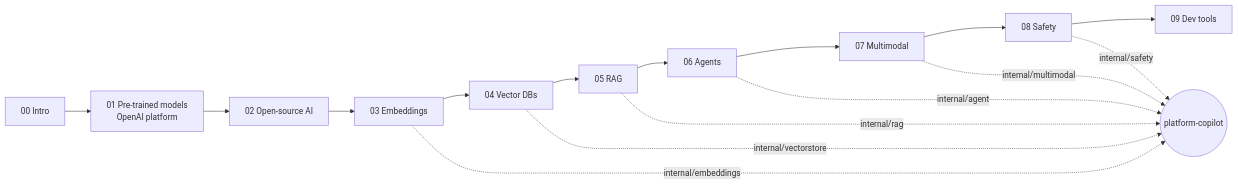
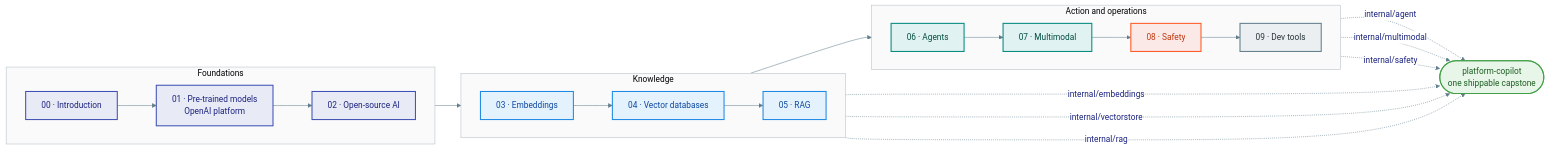
One commit to udaykishore-resu/platform-copilot changed the first of 2 diagrams in README.md. Above: the diagram before and after it, drawn with Mermaid. The commit also changed other lines of this file and 12 other files, not shown here.

Commit message:
docs: Material Design diagrams across the course; present the curriculum as the AI Engineer roadmap

````diff
--- a/README.md
+++ b/README.md
@@ -58,12 +58,38 @@
 ```mermaid
+%%{init: {'theme':'base','themeVariables':{'fontFamily':'Roboto, Helvetica, Arial, sans-serif','lineColor':'#607D8B','textColor':'#263238','clusterBkg':'#FAFAFA','clusterBorder':'#B0BEC5','edgeLabelBackground':'#FFFFFF','primaryColor':'#E8EAF6','primaryTextColor':'#1A237E','primaryBorderColor':'#3F51B5','actorBkg':'#E8EAF6','actorBorder':'#3F51B5','actorTextColor':'#1A237E','signalColor':'#455A64','signalTextColor':'#263238','labelBoxBkgColor':'#E8EAF6','labelBoxBorderColor':'#3F51B5','noteBkgColor':'#FFF8E1','noteBorderColor':'#FFB300','noteTextColor':'#FF6F00'}}}%%
 flowchart LR
-  M00[00 Intro] --> M01[01 Pre-trained models<br/>OpenAI platform] --> M02[02 Open-source AI]
-  M02 --> M03[03 Embeddings] --> M04[04 Vector DBs] --> M05[05 RAG]
-  M05 --> M06[06 Agents] --> M07[07 Multimodal] --> M08[08 Safety] --> M09[09 Dev tools]
-  M03 -. internal/embeddings .-> C((platform-copilot))
-  M04 -. internal/vectorstore .-> C
-  M05 -. internal/rag .-> C
-  M06 -. internal/agent .-> C
-  M07 -. internal/multimodal .-> C
-  M08 -. internal/safety .-> C
+  subgraph FOUND[Foundations]
+    direction LR
+    M00["00 · Introduction"] --> M01["01 · Pre-trained models<br/>OpenAI platform"] --> M02["02 · Open-source AI"]
+  end
+  subgraph KNOW[Knowledge]
+    direction LR
+    M03["03 · Embeddings"] --> M04["04 · Vector databases"] --> M05["05 · RAG"]
+  end
+  subgraph ACT[Action and operations]
+    direction LR
+    M06["06 · Agents"] --> M07["07 · Multimodal"] --> M08["08 · Safety"] --> M09["09 · Dev tools"]
+  end
+  M02 --> M03
+  M05 --> M06
+  M03 -. "internal/embeddings" .-> CAP
+  M04 -. "internal/vectorstore" .-> CAP
+  M05 -. "internal/rag" .-> CAP
+  M06 -. "internal/agent" .-> CAP
+  M07 -. "internal/multimodal" .-> CAP
+  M08 -. "internal/safety" .-> CAP
+  CAP(["platform-copilot<br/>one shippable capstone"])
+  classDef entry fill:#E8EAF6,stroke:#3F51B5,stroke-width:2px,color:#1A237E
+  classDef core fill:#E0F2F1,stroke:#00897B,stroke-width:2px,color:#004D40
+  classDef data fill:#E3F2FD,stroke:#1E88E5,stroke-width:2px,color:#0D47A1
+  classDef model fill:#F3E5F5,stroke:#8E24AA,stroke-width:2px,color:#4A148C
+  classDef safety fill:#FBE9E7,stroke:#FF5722,stroke-width:2px,color:#BF360C
+  classDef ext fill:#ECEFF1,stroke:#607D8B,stroke-width:2px,color:#263238
+  classDef out fill:#E8F5E9,stroke:#43A047,stroke-width:2px,color:#1B5E20
+  class M00,M01,M02 entry
+  class M03,M04,M05 data
+  class M06,M07 core
+  class M08 safety
+  class M09 ext
+  class CAP out
 ```
````
